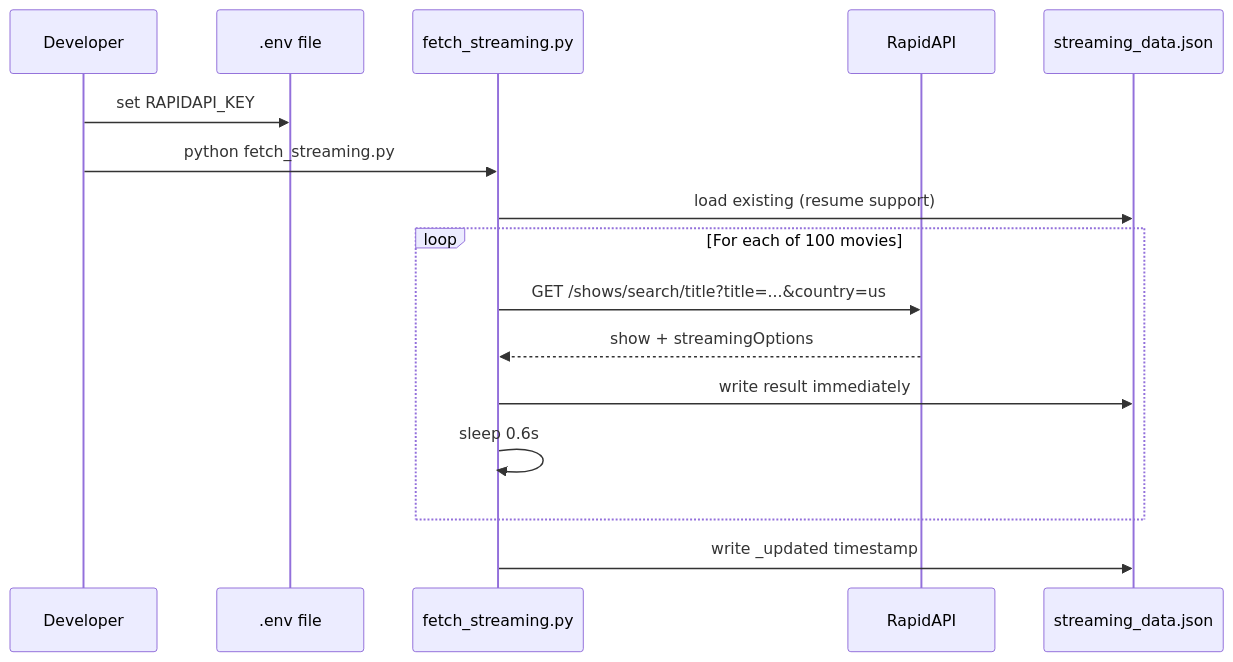
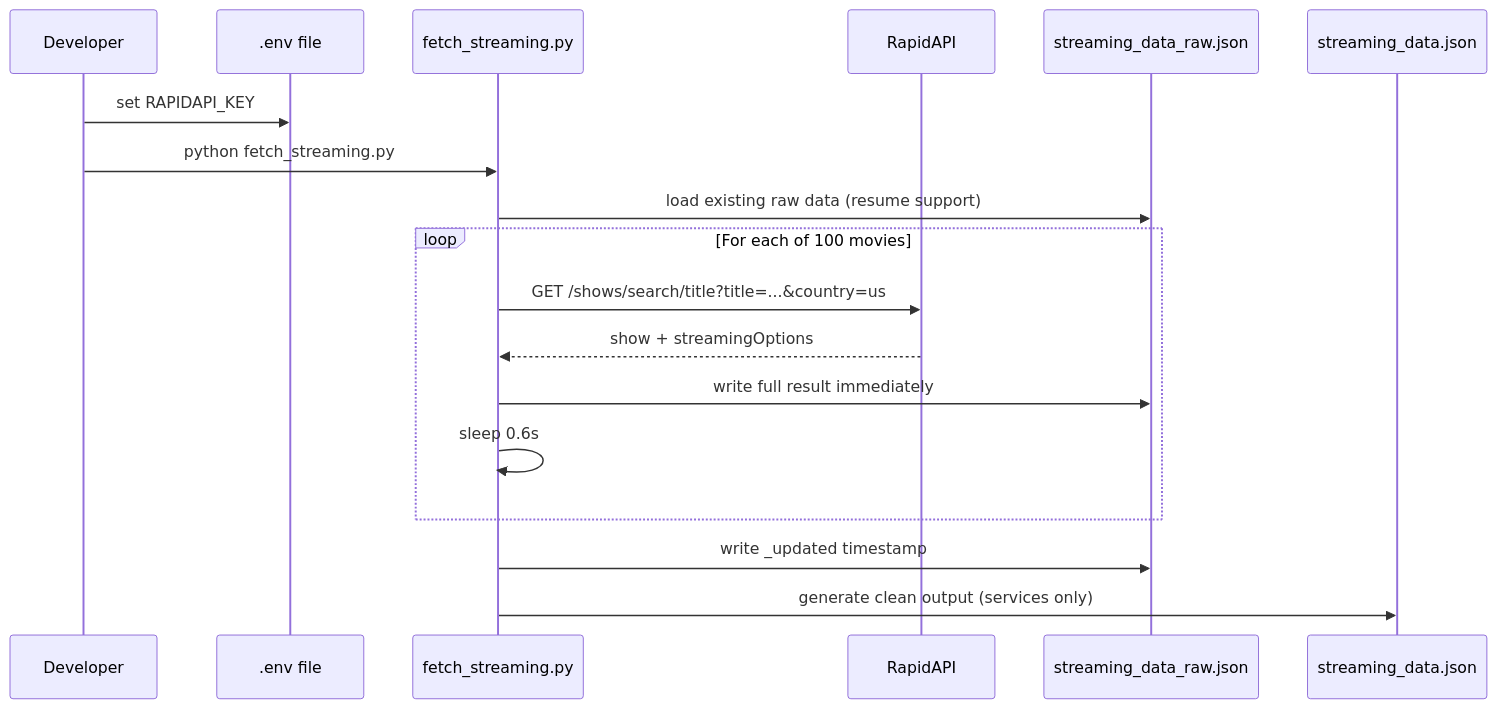
The second of 5 diagrams in WORKFLOW.md (BarkleyBG/nyt_movies_streaming), drawn with Mermaid before and after one commit. The commit also changed other lines of this file and 4 other files, not shown here.

First line of the commit message:
Update docs for two-file streaming data workflow

````diff
--- a/WORKFLOW.md
+++ b/WORKFLOW.md
@@ -31,19 +34,21 @@
 ```mermaid
 sequenceDiagram
     participant Dev as Developer
     participant Env as .env file
     participant PY as fetch_streaming.py
     participant API as RapidAPI
+    participant RAW as streaming_data_raw.json
     participant JSON as streaming_data.json
 
     Dev->>Env: set RAPIDAPI_KEY
     Dev->>PY: python fetch_streaming.py
-    PY->>JSON: load existing (resume support)
+    PY->>RAW: load existing raw data (resume support)
     loop For each of 100 movies
         PY->>API: GET /shows/search/title?title=...&country=us
         API-->>PY: show + streamingOptions
-        PY->>JSON: write result immediately
+        PY->>RAW: write full result immediately
         PY->>PY: sleep 0.6s
     end
-    PY->>JSON: write _updated timestamp
+    PY->>RAW: write _updated timestamp
+    PY->>JSON: generate clean output (services only)
 ```
````
